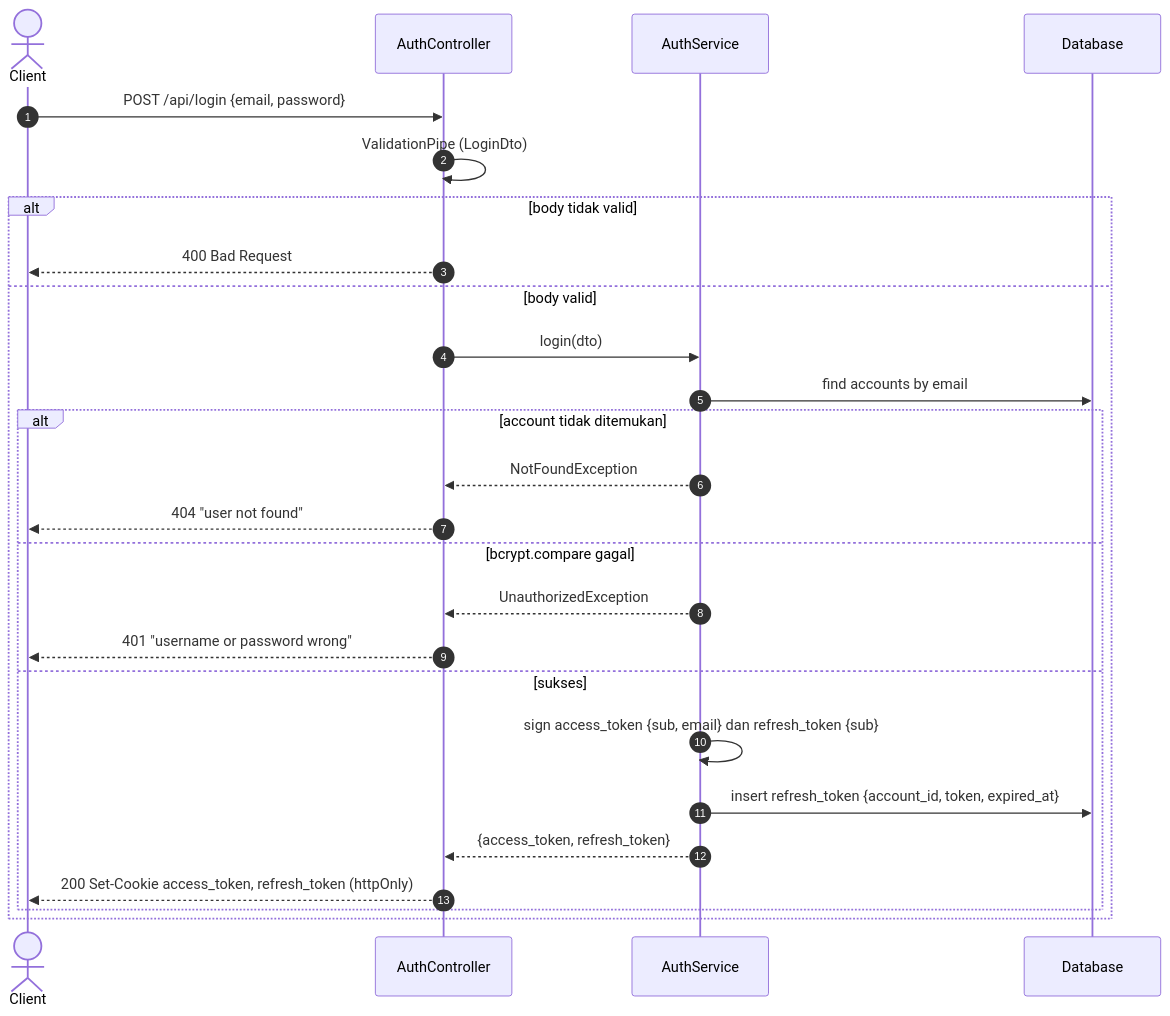
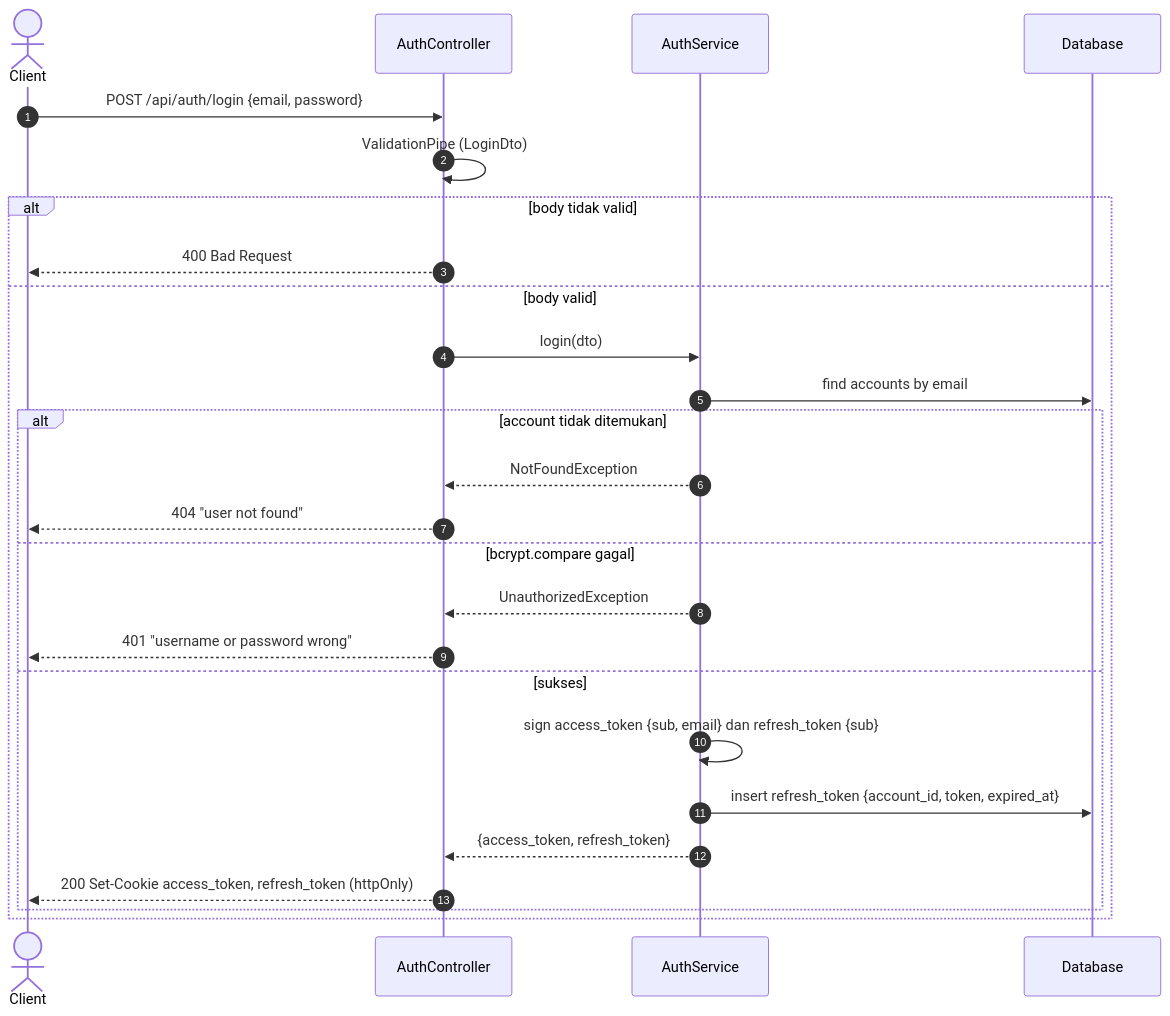
One commit to dimstyle/ruang-baca changed the diagram in docs/uml/src/diagrams/list-diagrams/sequence-login.mmd. Above: the diagram before and after it, drawn with Mermaid. The commit also changed 6 other files, not shown here.

Commit message:
fix(auth): move routes under /api/auth and restrict registration to admin

```diff
--- a/docs/uml/src/diagrams/list-diagrams/sequence-login.mmd
+++ b/docs/uml/src/diagrams/list-diagrams/sequence-login.mmd
@@ -1,27 +1,27 @@
 sequenceDiagram
     autonumber
     actor C as Client
     participant AC as AuthController
     participant AS as AuthService
     participant DB as Database
 
-    C->>AC: POST /api/login {email, password}
+    C->>AC: POST /api/auth/login {email, password}
     AC->>AC: ValidationPipe (LoginDto)
     alt body tidak valid
         AC-->>C: 400 Bad Request
     else body valid
         AC->>AS: login(dto)
         AS->>DB: find accounts by email
         alt account tidak ditemukan
             AS-->>AC: NotFoundException
             AC-->>C: 404 "user not found"
         else bcrypt.compare gagal
             AS-->>AC: UnauthorizedException
             AC-->>C: 401 "username or password wrong"
         else sukses
             AS->>AS: sign access_token {sub, email} dan refresh_token {sub}
             AS->>DB: insert refresh_token {account_id, token, expired_at}
             AS-->>AC: {access_token, refresh_token}
             AC-->>C: 200 Set-Cookie access_token, refresh_token (httpOnly)
         end
     end
```
